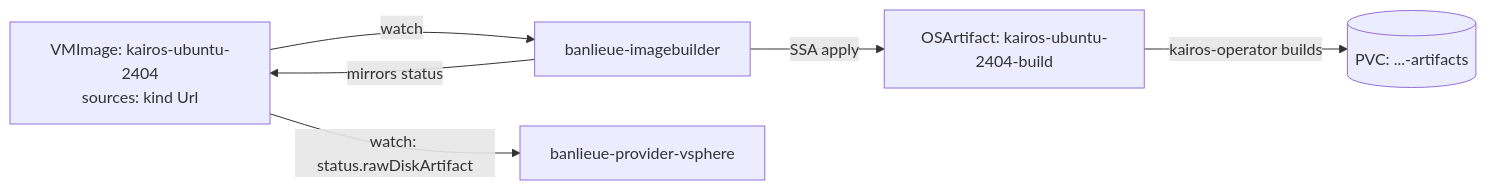
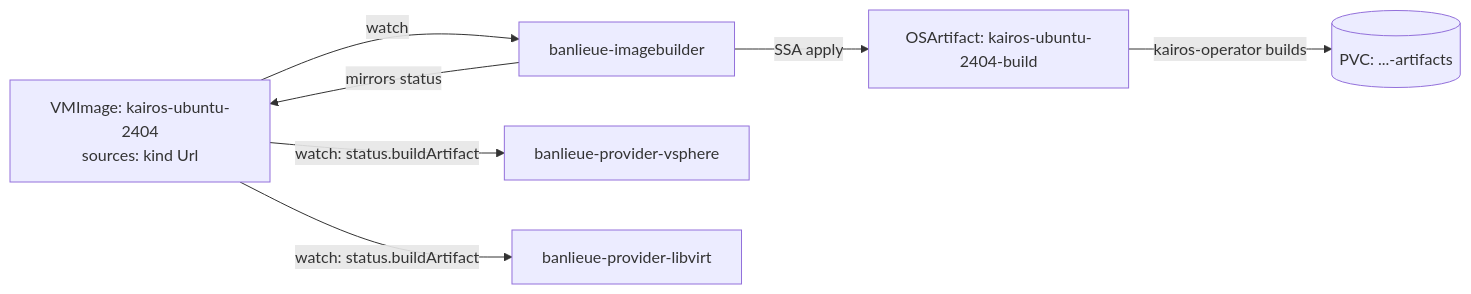
One commit to firestoned/banlieue changed the diagram in docs/src/guides/using-banlieue-imagebuilder.md. Above: the diagram before and after it, drawn with Mermaid. The commit also changed other lines of this file and 7 other files, not shown here.

````diff
--- a/docs/src/guides/using-banlieue-imagebuilder.md
+++ b/docs/src/guides/using-banlieue-imagebuilder.md
@@ -8,8 +10,9 @@
 ```mermaid
 flowchart LR
     vmi[VMImage: kairos-ubuntu-2404\nsources: kind Url] -->|watch| ib[banlieue-imagebuilder]
     ib -->|SSA apply| osa[OSArtifact: kairos-ubuntu-2404-build]
     osa -->|kairos-operator builds| pvc[(PVC: ...-artifacts)]
     ib -->|mirrors status| vmi
-    vmi -->|watch: status.rawDiskArtifact| prov[banlieue-provider-vsphere]
+    vmi -->|watch: status.buildArtifact| prov[banlieue-provider-vsphere]
+    vmi -->|watch: status.buildArtifact| provl[banlieue-provider-libvirt]
 ```
````
